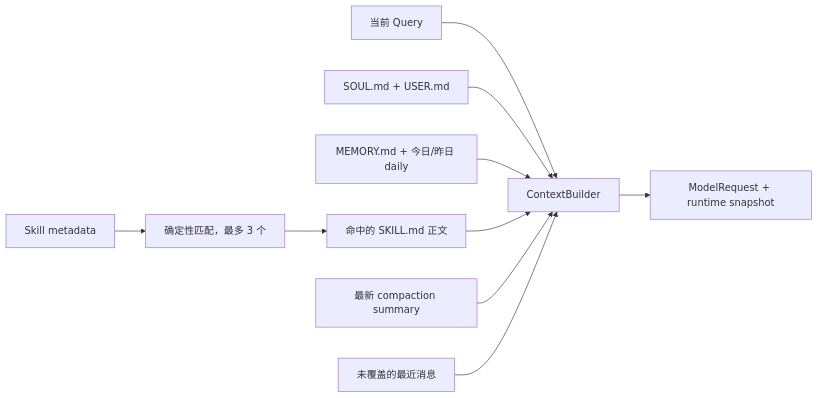
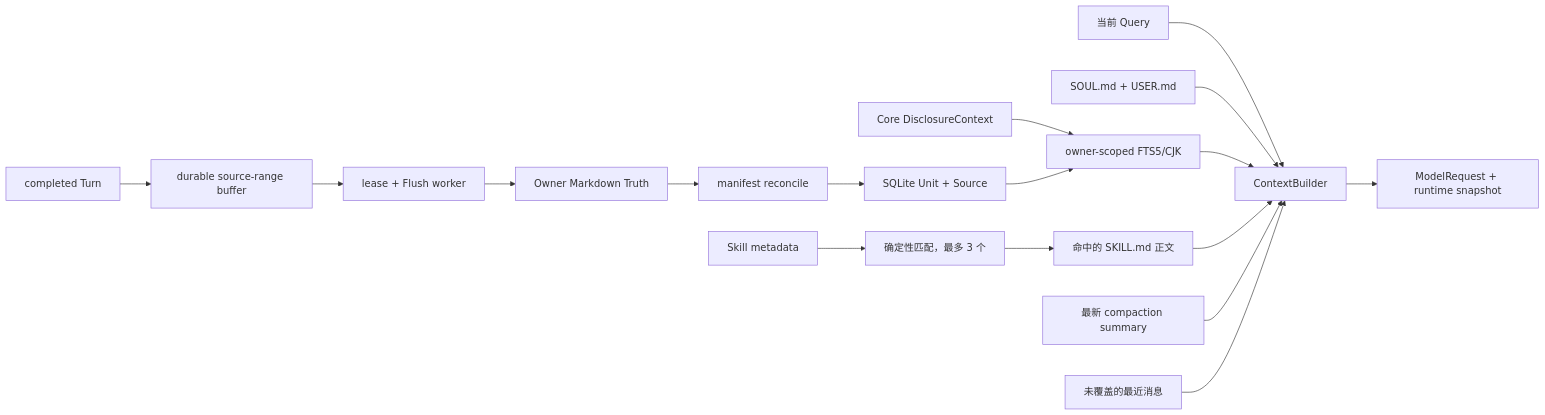
The seventh of 13 diagrams in docs/architecture/20260807_系统架构.md (NEDONION/lobster0), drawn with Mermaid before and after one commit. The commit also changed other lines of this file and 20 other files, not shown here.

````diff
--- a/docs/architecture/20260807_系统架构.md
+++ b/docs/architecture/20260807_系统架构.md
@@ -275,12 +276,19 @@
 ```mermaid
 flowchart LR
     QUERY["当前 Query"] --> CONTEXT["ContextBuilder"]
     IDENTITY["SOUL.md + USER.md"] --> CONTEXT
-    MEMORY["MEMORY.md + 今日/昨日 daily"] --> CONTEXT
+    DISCLOSURE["Core DisclosureContext"] --> RECALL["owner-scoped FTS5/CJK"]
+    TRUTH["Owner Markdown Truth"] --> RECONCILE["manifest reconcile"]
+    RECONCILE --> UNIT["SQLite Unit + Source"]
+    UNIT --> RECALL
+    RECALL --> CONTEXT
+    TURN["completed Turn"] --> BUFFER["durable source-range buffer"]
+    BUFFER --> FLUSH["lease + Flush worker"]
+    FLUSH --> TRUTH
     META["Skill metadata"] --> MATCH["确定性匹配，最多 3 个"]
     MATCH --> BODY["命中的 SKILL.md 正文"]
     BODY --> CONTEXT
     SUMMARY["最新 compaction summary"] --> CONTEXT
     RECENT["未覆盖的最近消息"] --> CONTEXT
     CONTEXT --> REQUEST["ModelRequest + runtime snapshot"]
 ```
````
